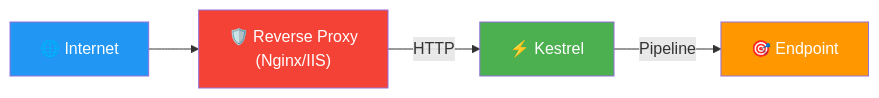
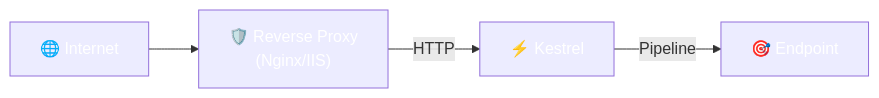
Before and after one commit to joseluisgs/DesarrolloWebEntornosServidor-02-2026-2027: the fifth of 6 diagrams in 05-arquitectura-pipeline.md, drawn with Mermaid. The commit also changed other lines of this file and 41 other files, not shown here.

````diff
--- a/05-arquitectura-pipeline.md
+++ b/05-arquitectura-pipeline.md
@@ -240,10 +240,10 @@
 ```mermaid
 flowchart LR
     A["🌐 Internet"] --> B["🛡️ Reverse Proxy<br/>(Nginx/IIS)"]
     B -->|HTTP| C["⚡ Kestrel"]
     C -->|Pipeline| D["🎯 Endpoint"]
-    style A fill:#2196F3,color:#fff
-    style B fill:#f44336,color:#fff
-    style C fill:#4CAF50,color:#fff
-    style D fill:#FF9800,color:#fff
+    style A fill:#2196F,color:#fff3,color:#fff
+    style B fill:#f4433,color:#fff6,color:#fff
+    style C fill:#4CAF5,color:#fff0,color:#fff
+    style D fill:#FF980,color:#fff0,color:#fff
 ```
````
